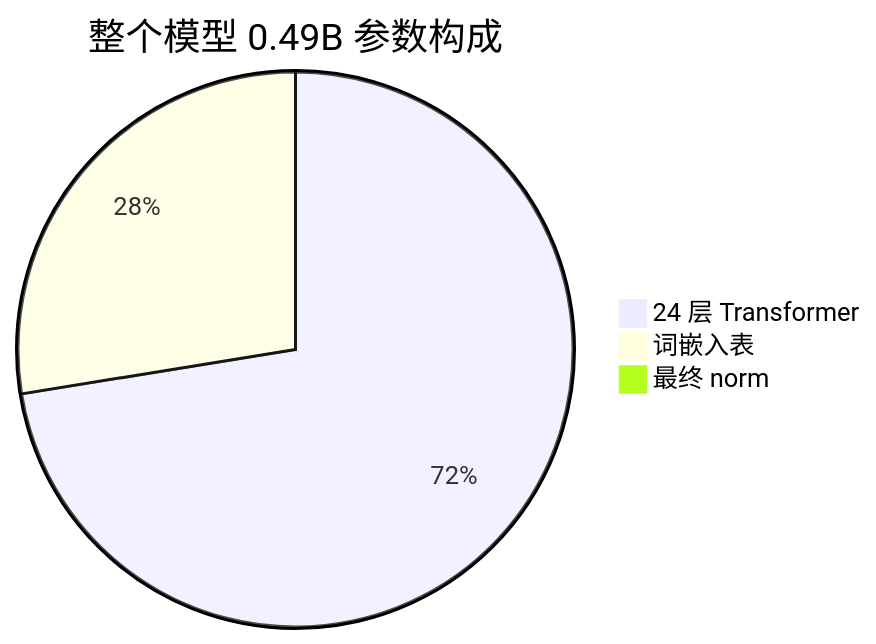
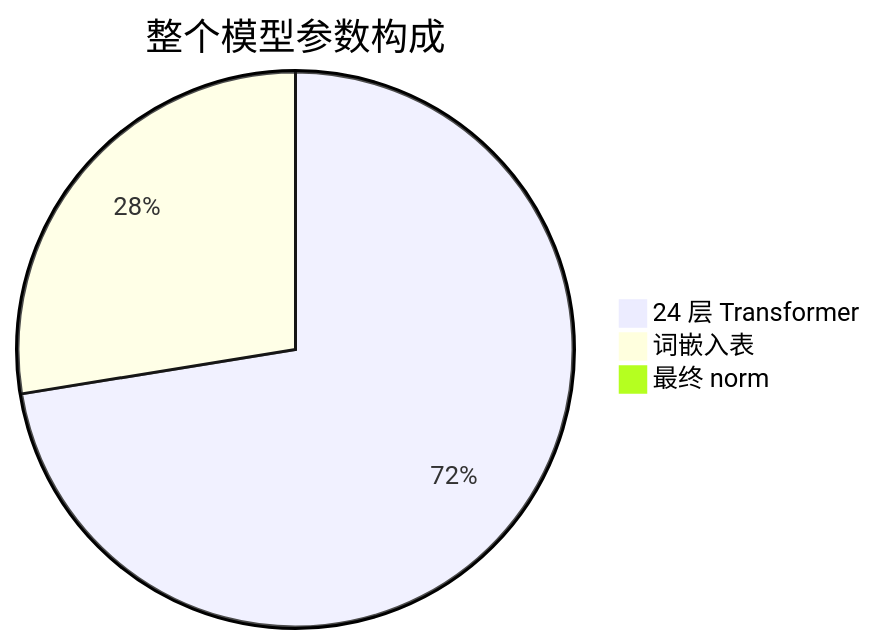
The second of 2 diagrams in docs/01-basics.md (Michelinboard436/inference-learn), drawn with Mermaid before and after one commit. The commit also changed other lines of this file and 2 other files, not shown here.

Commit message:
fix: VitePress 安装 Mermaid 插件 + 修复 pie 图标题
根本原因: VitePress 默认不渲染 Mermaid, 需要插件
- 安装 vitepress-plugin-mermaid
- config 用 withMermaid 包裹
- 修复 pie 标题去掉中文括号 (Mermaid 不支持)

````diff
--- a/docs/01-basics.md
+++ b/docs/01-basics.md
@@ -360,6 +360,6 @@
 ```mermaid
-pie title 整个模型 0.49B 参数构成
+pie title 整个模型参数构成
     "24 层 Transformer" : 357897216
     "词嵌入表" : 136134656
     "最终 norm" : 896
 ```
````
